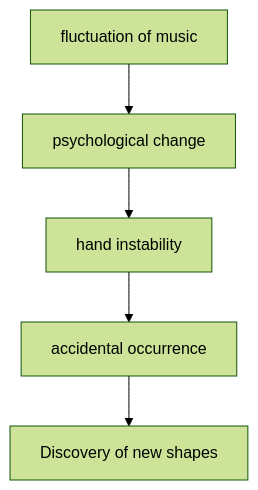
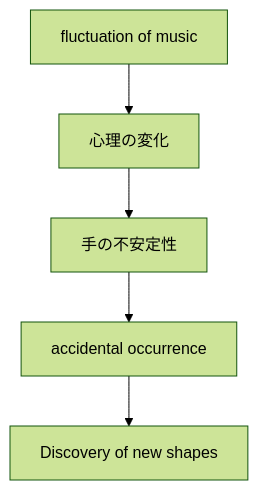
One commit to monumental-movement/monumental-movement.github.io changed the first of 2 diagrams in en/_posts/2026-04-25-column-francis-bacon.md. Above: the diagram before and after it, drawn with Mermaid (forest theme). The commit also changed other lines of this file and 2196 other files, not shown here.

```diff
--- a/en/_posts/2026-04-25-column-francis-bacon.md
+++ b/en/_posts/2026-04-25-column-francis-bacon.md
@@ -89,7 +88,7 @@
 <div class="mermaid">
 graph TD
-A[fluctuation of music] --> B[psychological change]
-B --> C[hand instability]
+A[fluctuation of music] --> B[心理の変化]
+B --> C[手の不安定性]
 C --> D[accidental occurrence]
 D --> E[Discovery of new shapes]
 </div>
```
